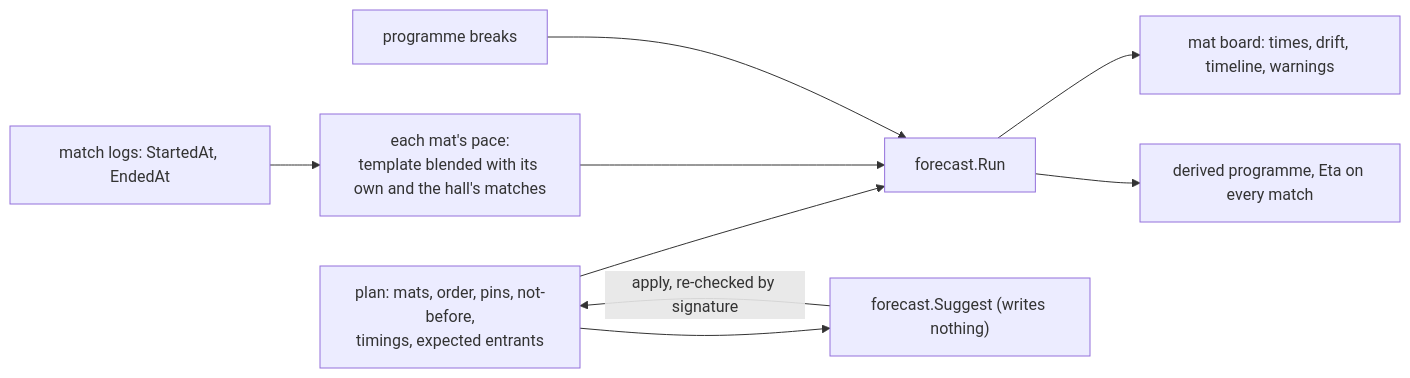
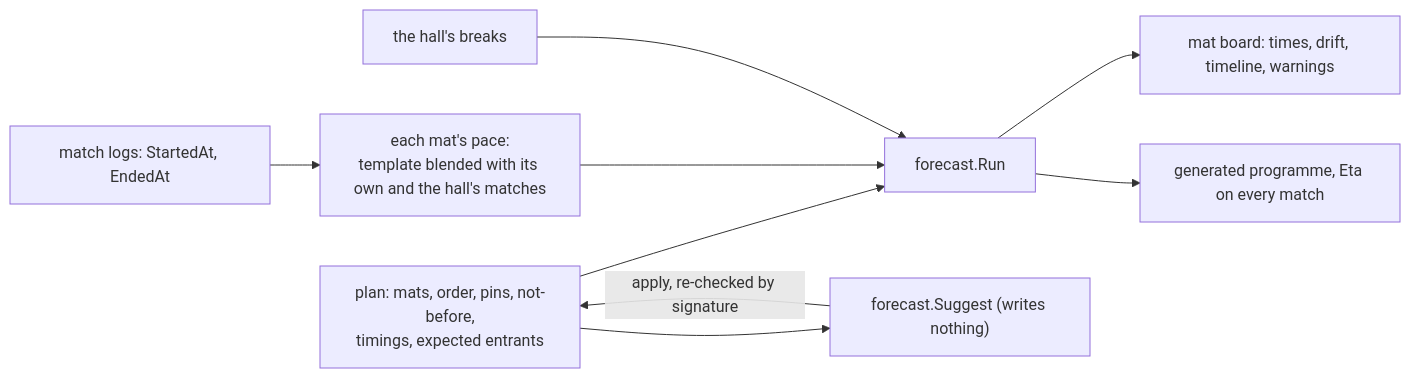
Before and after one commit to fylke/porta-di-ferro: the fifth of 14 diagrams in docs/architecture.md, drawn with Mermaid. The commit also changed other lines of this file and 1 other file, not shown here.

First line of the commit message:
Document planning the event, the generated programme and the rules of the day

````diff
--- a/docs/architecture.md
+++ b/docs/architecture.md
@@ -142,11 +143,11 @@
 ```mermaid
 flowchart LR
     Logs["match logs: StartedAt, EndedAt"] --> Pace["each mat's pace:<br/>template blended with its own and the hall's matches"]
     Plan["plan: mats, order, pins, not-before,<br/>timings, expected entrants"] --> Run["forecast.Run"]
     Pace --> Run
-    Breaks["programme breaks"] --> Run
+    Breaks["the hall's breaks"] --> Run
     Run --> Board["mat board: times, drift, timeline, warnings"]
-    Run --> Hall["derived programme, Eta on every match"]
+    Run --> Hall["generated programme, Eta on every match"]
     Plan --> Suggest["forecast.Suggest (writes nothing)"]
     Suggest -->|"apply, re-checked by signature"| Plan
 ```
````
